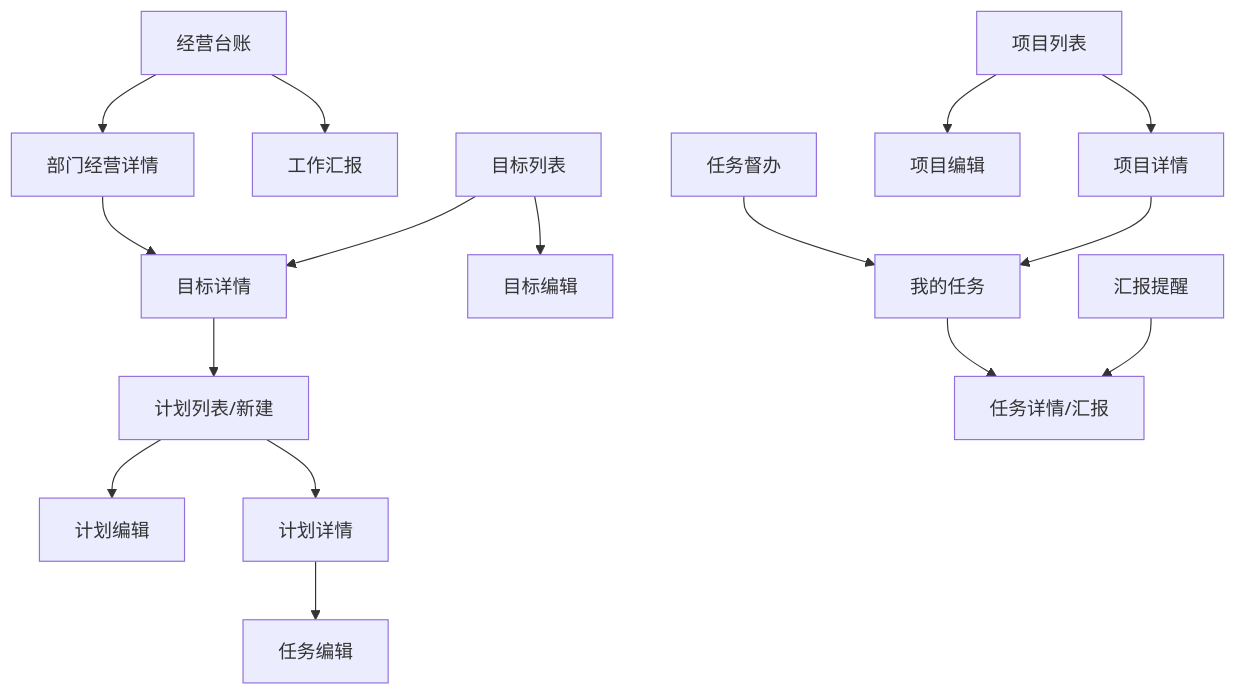
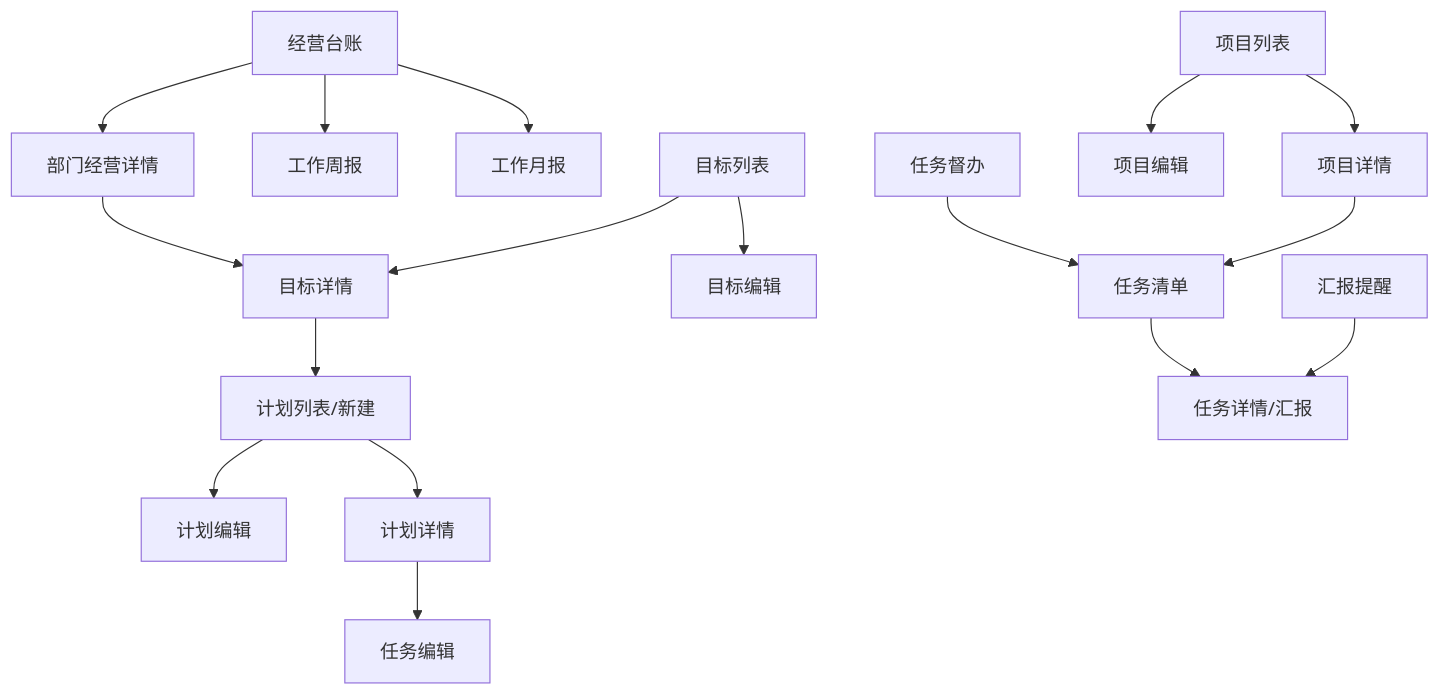
One commit to liaoliao66/BMS changed the eighth of 8 diagrams in docs/versions/v1.0.0/prd.md. Above: the diagram before and after it, drawn with Mermaid. The commit also changed other lines of this file and 100 other files, not shown here.

````diff
--- a/docs/versions/v1.0.0/prd.md
+++ b/docs/versions/v1.0.0/prd.md
@@ -999,18 +837,19 @@
 ```mermaid
 flowchart TD
   DB[经营台账] --> DD[部门经营详情]
-  DB --> WR[工作汇报]
+  DB --> WR[工作周报]
+  DB --> MR[工作月报]
   DD --> GD[目标详情]
   GL[目标列表] --> GE[目标编辑]
   GL --> GD
   GD --> PL[计划列表/新建]
   PL --> PE[计划编辑]
   PL --> PDtl[计划详情]
   PDtl --> TE[任务编辑]
-  MT[我的任务] --> TD[任务详情/汇报]
+  MT[任务清单] --> TD[任务详情/汇报]
   SV[任务督办] --> MT
   RM[汇报提醒] --> TD
   PR[项目列表] --> PRE[项目编辑]
   PR --> PD[项目详情]
   PD --> MT
 ```
````
